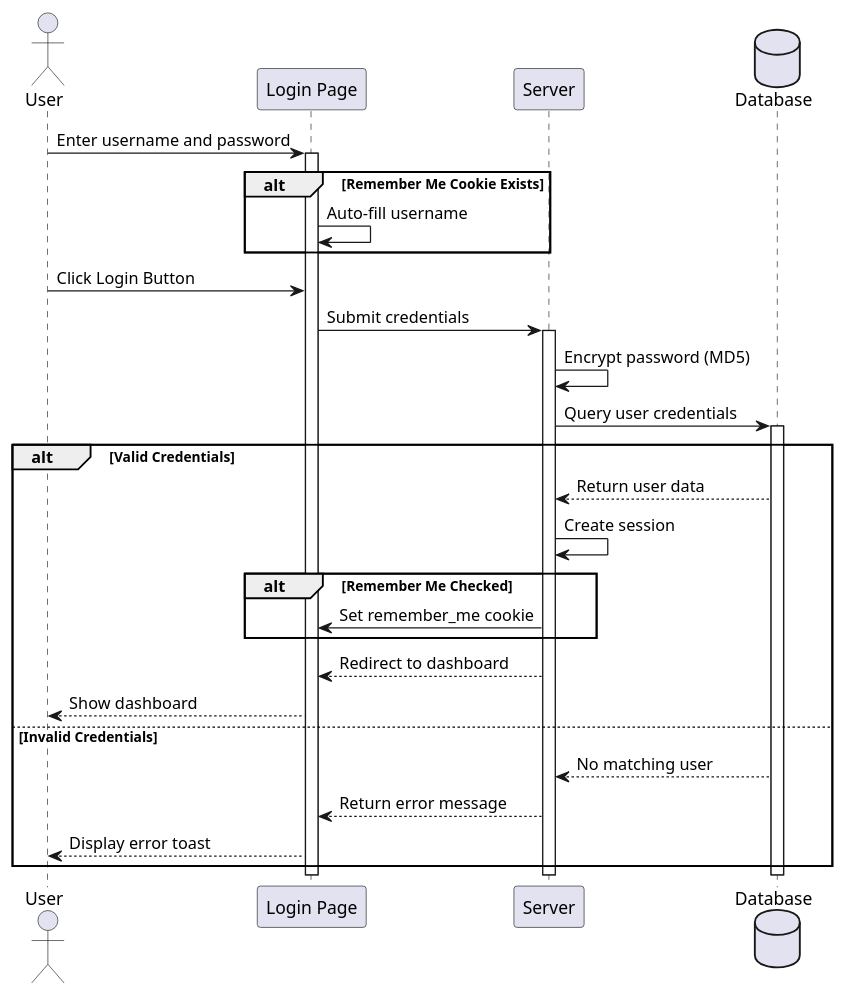
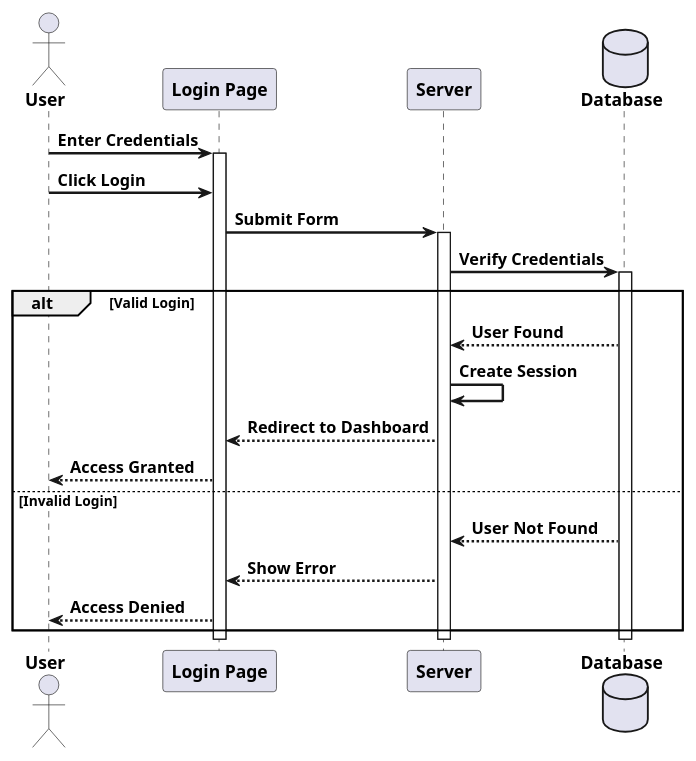
One commit to KuroKage-001/Mamatid_MedClinic changed the diagram in Sequence_Diagrams/login_sequence.puml. Above: the diagram before and after it, drawn with PlantUML. The commit also changed 10 other files, not shown here.

```diff
--- a/Sequence_Diagrams/login_sequence.puml
+++ b/Sequence_Diagrams/login_sequence.puml
@@ -1,42 +1,39 @@
-@startuml Login Sequence Diagram
+@startuml Login Sequence
 
-actor User
-participant "Login Page" as UI
-participant "Server" as Server
-database "Database" as DB
+skinparam DefaultFontStyle bold
+skinparam ParticipantPadding 20
+skinparam BoxPadding 10
+skinparam SequenceGroupBodyBackgroundColor transparent
+skinparam ArrowThickness 2
 
-User -> UI: Enter username and password
+actor "<b>User</b>" as User
+participant "<b>Login Page</b>" as UI
+participant "<b>Server</b>" as Server
+database "<b>Database</b>" as DB
+
+User -> UI: <b>Enter Credentials</b>
 activate UI
 
-alt Remember Me Cookie Exists
-    UI -> UI: Auto-fill username
-end
-
-User -> UI: Click Login Button
-UI -> Server: Submit credentials
+User -> UI: <b>Click Login</b>
+UI -> Server: <b>Submit Form</b>
 activate Server
 
-Server -> Server: Encrypt password (MD5)
-Server -> DB: Query user credentials
+Server -> DB: <b>Verify Credentials</b>
 activate DB
 
-alt Valid Credentials
-    DB --> Server: Return user data
-    Server -> Server: Create session
-    alt Remember Me Checked
-        Server -> UI: Set remember_me cookie
-    end
-    Server --> UI: Redirect to dashboard
-    UI --> User: Show dashboard
-
-else Invalid Credentials
-    DB --> Server: No matching user
-    Server --> UI: Return error message
-    UI --> User: Display error toast
+alt <b>Valid Login</b>
+    DB --[bold]-> Server: <b>User Found</b>
+    Server -> Server: <b>Create Session</b>
+    Server --[bold]-> UI: <b>Redirect to Dashboard</b>
+    UI --[bold]-> User: <b>Access Granted</b>
+else <b>Invalid Login</b>
+    DB --[bold]-> Server: <b>User Not Found</b>
+    Server --[bold]-> UI: <b>Show Error</b>
+    UI --[bold]-> User: <b>Access Denied</b>
 end
 
 deactivate DB
 deactivate Server
 deactivate UI
 
 @enduml 
```
